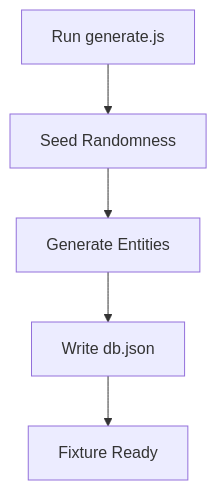
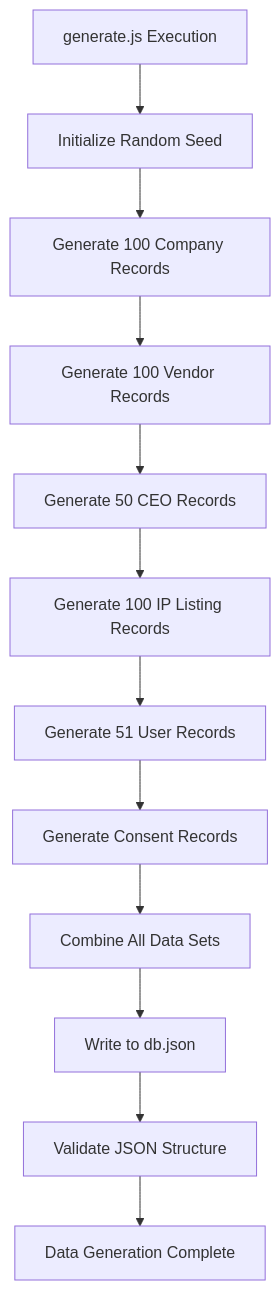
Before and after one commit to effinrich/rh-nx-monorepo: the tenth of 11 diagrams in .qoder/repowiki/en/content/Data Management.md, drawn with Mermaid. The commit also changed other lines of this file and 130 other files, not shown here.

````diff
--- a/.qoder/repowiki/en/content/Data Management.md
+++ b/.qoder/repowiki/en/content/Data Management.md
@@ -386,7 +558,14 @@
 ```mermaid
 flowchart TD
-StartGen["Run generate.js"] --> Seed["Seed Randomness"]
-Seed --> Generate["Generate Entities"]
-Generate --> Write["Write db.json"]
-Write --> EndGen["Fixture Ready"]
+Start["generate.js Execution"] --> Seed["Initialize Random Seed"]
+Seed --> Companies["Generate 100 Company Records"]
+Companies --> Vendors["Generate 100 Vendor Records"]
+Vendors --> CEOs["Generate 50 CEO Records"]
+CEOs --> IPL["Generate 100 IP Listing Records"]
+IPL --> Users["Generate 51 User Records"]
+Users --> Consents["Generate Consent Records"]
+Consents --> Combine["Combine All Data Sets"]
+Combine --> Write["Write to db.json"]
+Write --> Validate["Validate JSON Structure"]
+Validate --> Complete["Data Generation Complete"]
 ```
````
